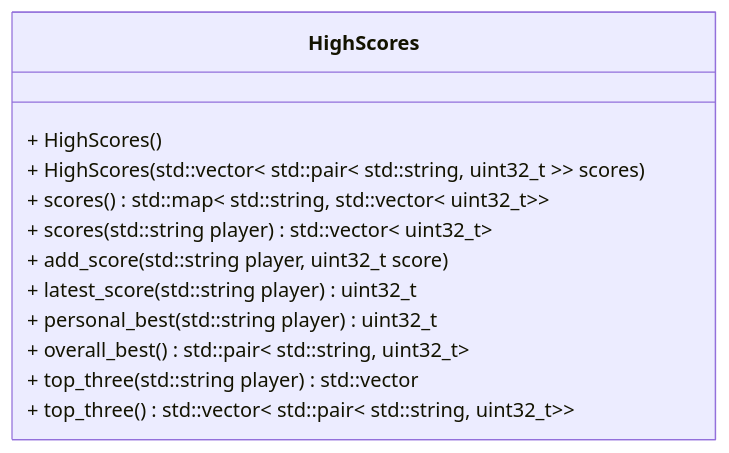
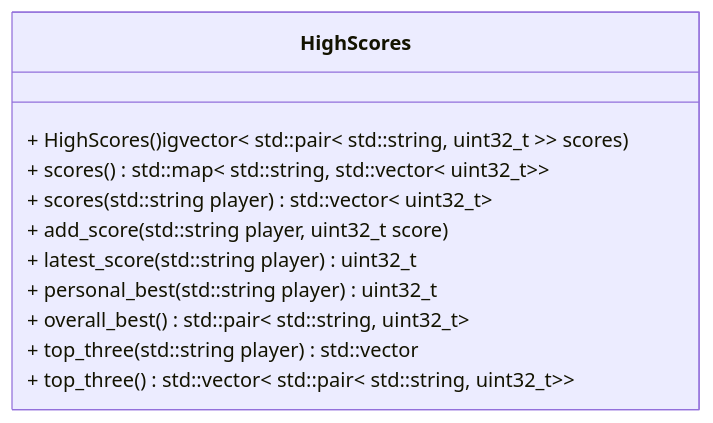
The diagram in high_scores_mp/README.de-at.md (Gtschoj/pos_test), drawn with Mermaid before and after one commit. The commit also changed other lines of this file and 19 other files, not shown here.

````diff
--- a/high_scores_mp/README.de-at.md
+++ b/high_scores_mp/README.de-at.md
@@ -43,16 +43,15 @@
 ```mermaid
 classDiagram
 
 class HighScores {
-  + HighScores()
-  + HighScores(std::vector< std::pair< std::string, uint32_t >> scores)
+  + HighScores()igvector< std::pair< std::string, uint32_t >> scores)
   + scores() std::map< std::string, std::vector< uint32_t>>
   + scores(std::string player) std::vector< uint32_t>
   + add_score(std::string player, uint32_t score)
   + latest_score(std::string player) uint32_t
   + personal_best(std::string player) uint32_t
   + overall_best() std::pair< std::string, uint32_t>
   + top_three(std::string player) std::vector<uint32_t>
   + top_three() std::vector< std::pair< std::string, uint32_t>>
 }
 ```
````
